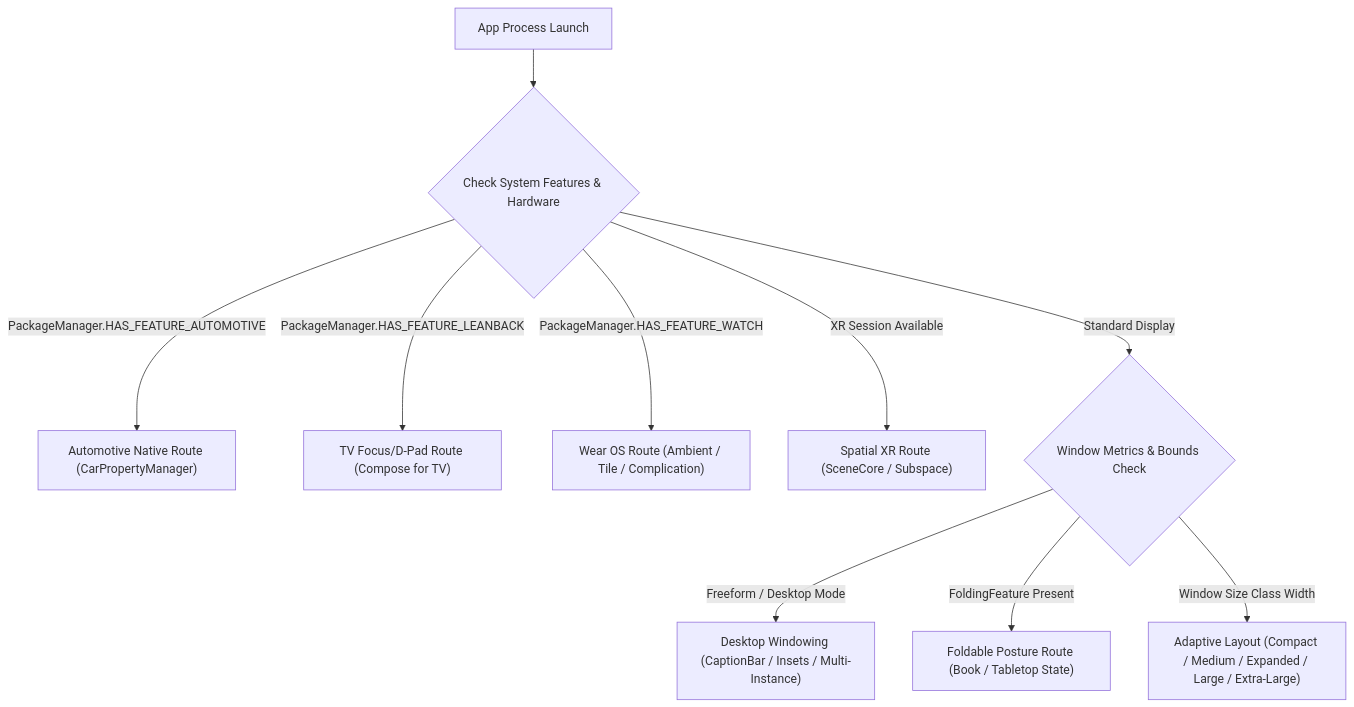
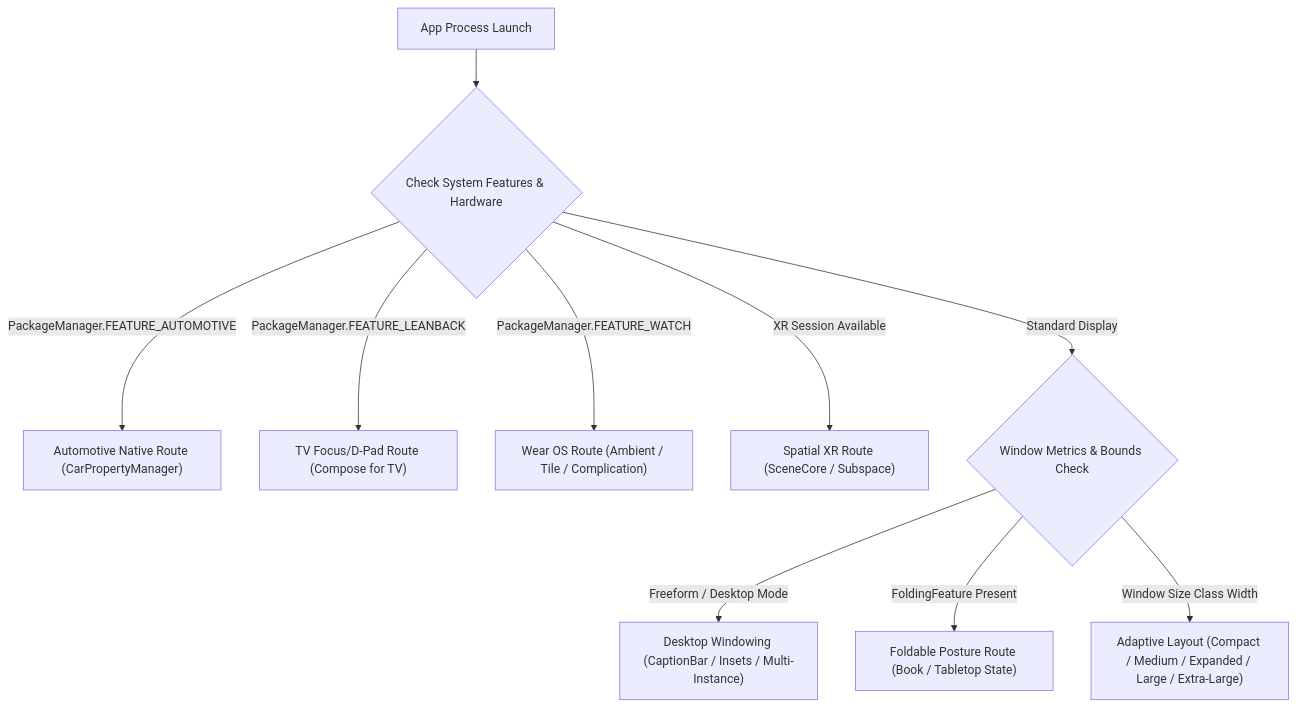
One commit to youngmin-gwon/what-i-studied changed the diagram in 01_inbox/mobile/android/07_platforms/android-platforms-and-form-factors.md. Above: the diagram before and after it, drawn with Mermaid. The commit also changed other lines of this file and 89 other files, not shown here.

````diff
--- a/01_inbox/mobile/android/07_platforms/android-platforms-and-form-factors.md
+++ b/01_inbox/mobile/android/07_platforms/android-platforms-and-form-factors.md
@@ -28,12 +30,12 @@
 ```mermaid
 graph TD
     A["App Process Launch"] --> B{"Check System Features & Hardware"}
-    B -- "PackageManager.HAS_FEATURE_AUTOMOTIVE" --> C["Automotive Native Route (CarPropertyManager)"]
-    B -- "PackageManager.HAS_FEATURE_LEANBACK" --> D["TV Focus/D-Pad Route (Compose for TV)"]
-    B -- "PackageManager.HAS_FEATURE_WATCH" --> E["Wear OS Route (Ambient / Tile / Complication)"]
+    B -- "PackageManager.FEATURE_AUTOMOTIVE" --> C["Automotive Native Route (CarPropertyManager)"]
+    B -- "PackageManager.FEATURE_LEANBACK" --> D["TV Focus/D-Pad Route (Compose for TV)"]
+    B -- "PackageManager.FEATURE_WATCH" --> E["Wear OS Route (Ambient / Tile / Complication)"]
     B -- "XR Session Available" --> F["Spatial XR Route (SceneCore / Subspace)"]
     B -- "Standard Display" --> G{"Window Metrics & Bounds Check"}
     G -- "Freeform / Desktop Mode" --> H["Desktop Windowing (CaptionBar / Insets / Multi-Instance)"]
     G -- "FoldingFeature Present" --> I["Foldable Posture Route (Book / Tabletop State)"]
     G -- "Window Size Class Width" --> J["Adaptive Layout (Compact / Medium / Expanded / Large / Extra-Large)"]
 ```
````
